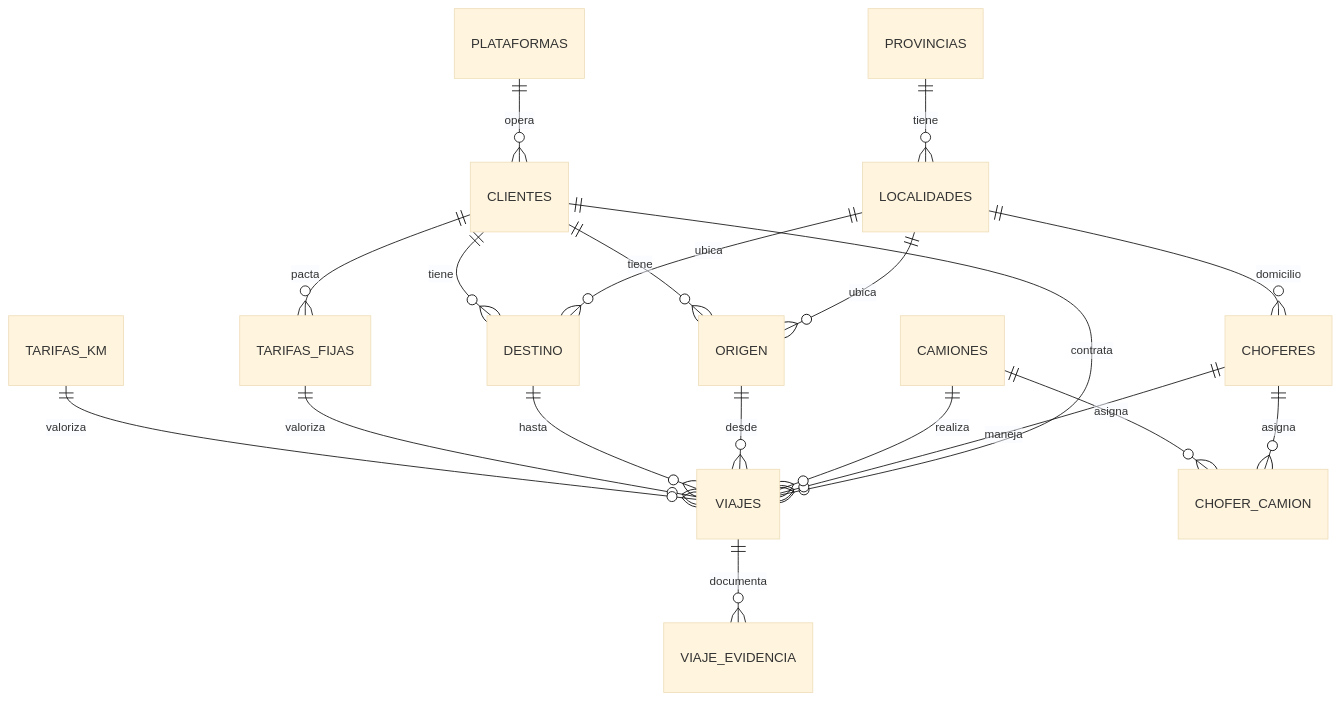
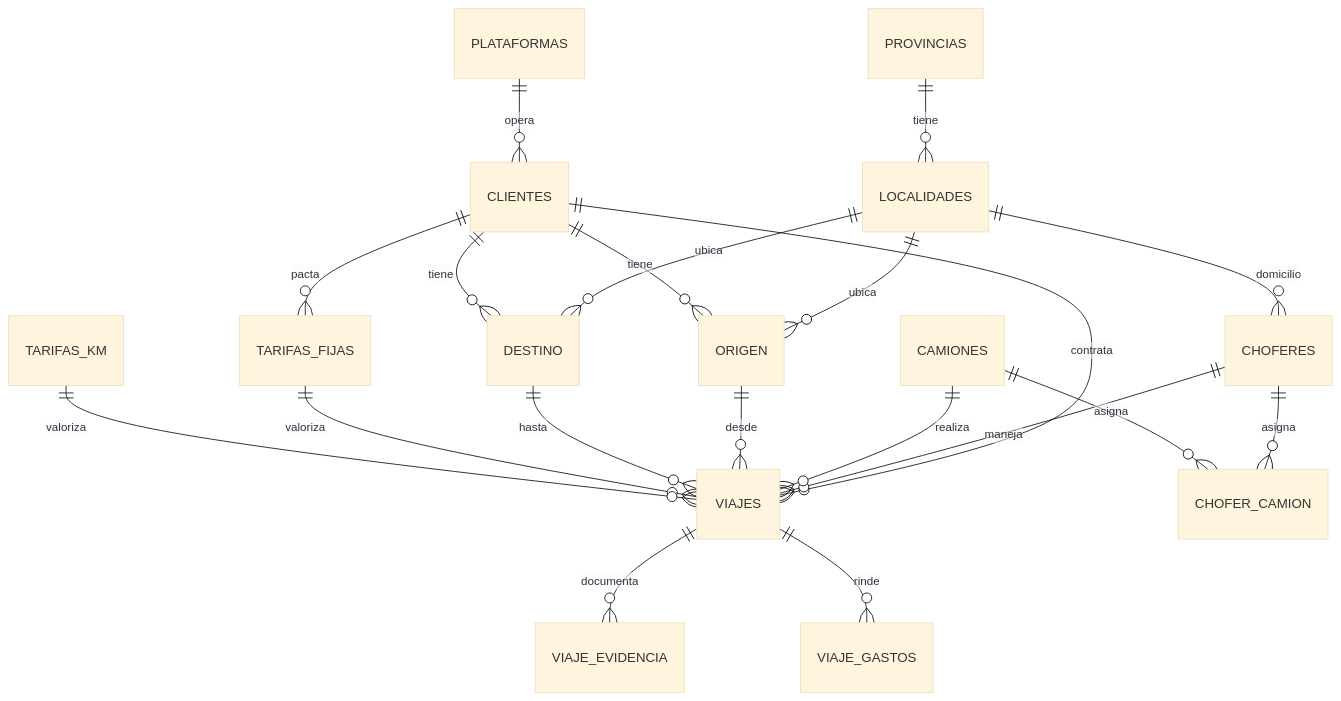
One commit to TransporteSanchez/SGTL changed the tenth of 12 diagrams in docs/tesis/04-arquitectura-y-diseno.md. Above: the diagram before and after it, drawn with Mermaid (base theme). The commit also changed other lines of this file and 2 other files, not shown here.

First line of the commit message:
Control interno: la tesis cuenta el recorrido completo y los gastos del viaje

````diff
--- a/docs/tesis/04-arquitectura-y-diseno.md
+++ b/docs/tesis/04-arquitectura-y-diseno.md
@@ -264,21 +265,22 @@
 ```mermaid
 erDiagram
     PROVINCIAS ||--o{ LOCALIDADES : tiene
     LOCALIDADES ||--o{ ORIGEN : ubica
     LOCALIDADES ||--o{ DESTINO : ubica
     LOCALIDADES ||--o{ CHOFERES : domicilio
     PLATAFORMAS ||--o{ CLIENTES : opera
     CLIENTES ||--o{ ORIGEN : tiene
     CLIENTES ||--o{ DESTINO : tiene
     CLIENTES ||--o{ TARIFAS_FIJAS : pacta
     CLIENTES ||--o{ VIAJES : contrata
     CHOFERES ||--o{ VIAJES : maneja
     CAMIONES ||--o{ VIAJES : realiza
     CHOFERES ||--o{ CHOFER_CAMION : asigna
     CAMIONES ||--o{ CHOFER_CAMION : asigna
     ORIGEN ||--o{ VIAJES : desde
     DESTINO ||--o{ VIAJES : hasta
     TARIFAS_FIJAS ||--o{ VIAJES : valoriza
     TARIFAS_KM ||--o{ VIAJES : valoriza
     VIAJES ||--o{ VIAJE_EVIDENCIA : documenta
+    VIAJES ||--o{ VIAJE_GASTOS : rinde
 ```
````
